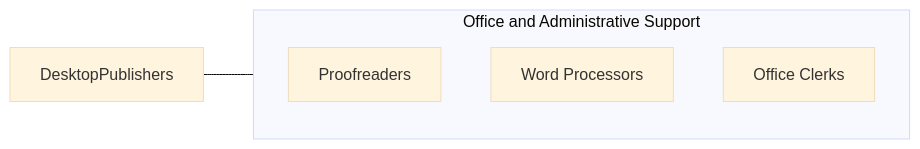
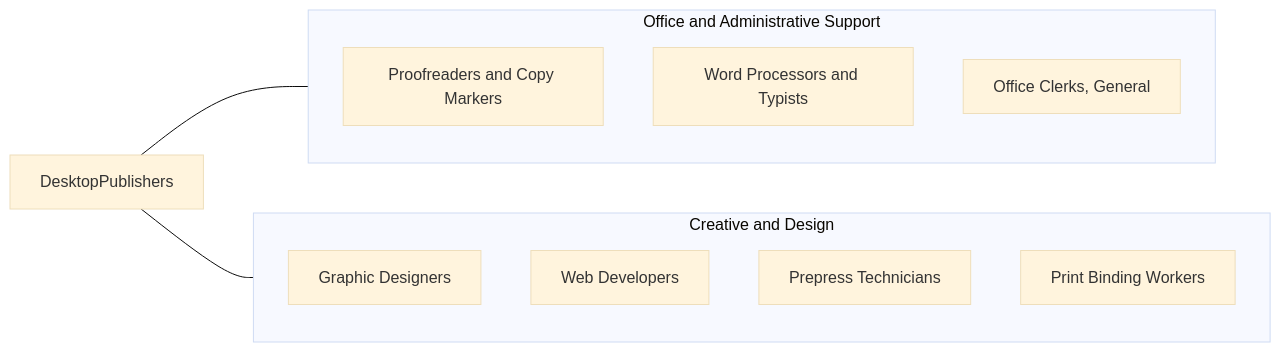
The fourth of 4 diagrams in occupations/Administrative/DesktopPublishers.mdx (kziemski/business.org.ai), drawn with Mermaid (base theme) before and after one commit. The commit also changed other lines of this file and 19 other files, not shown here.

````diff
--- a/occupations/Administrative/DesktopPublishers.mdx
+++ b/occupations/Administrative/DesktopPublishers.mdx
@@ -106,10 +219,20 @@
 ```mermaid
 graph LR
     Current["DesktopPublishers"]
+
     subgraph SameCategory["Office and Administrative Support"]
-        Proofreaders["Proofreaders"]
-        WordProcessors["Word Processors"]
-        OfficeClerks["Office Clerks"]
+        Proofreaders["Proofreaders and Copy Markers"]
+        WordProcessors["Word Processors and Typists"]
+        OfficeClerks["Office Clerks, General"]
     end
+
+    subgraph CrossFunctional["Creative and Design"]
+        GraphicDesigners["Graphic Designers"]
+        WebDevelopers["Web Developers"]
+        PrepressTechs["Prepress Technicians"]
+        PrintBindingWorkers["Print Binding Workers"]
+    end
+
     Current --- SameCategory
+    Current --- CrossFunctional
 ```
````
